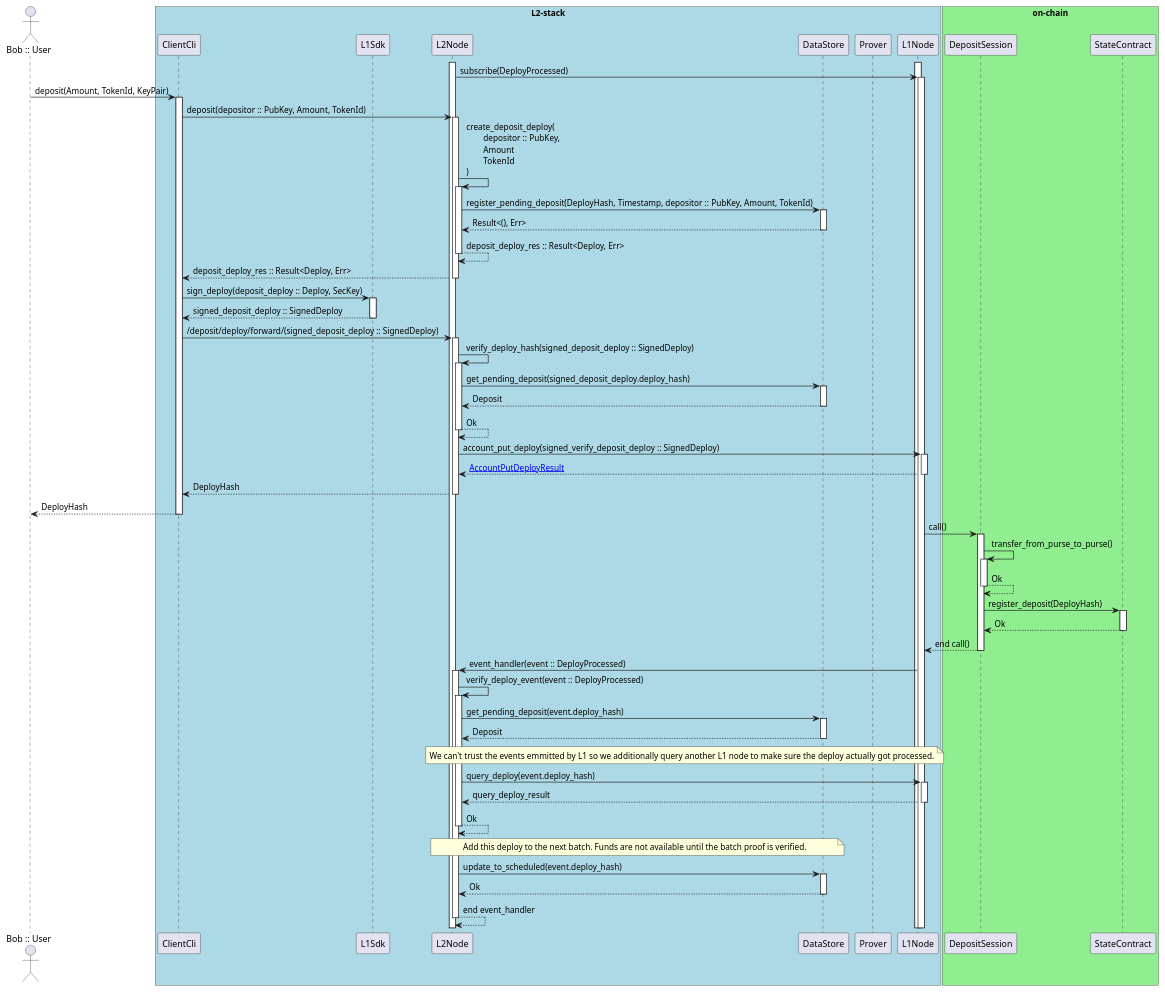
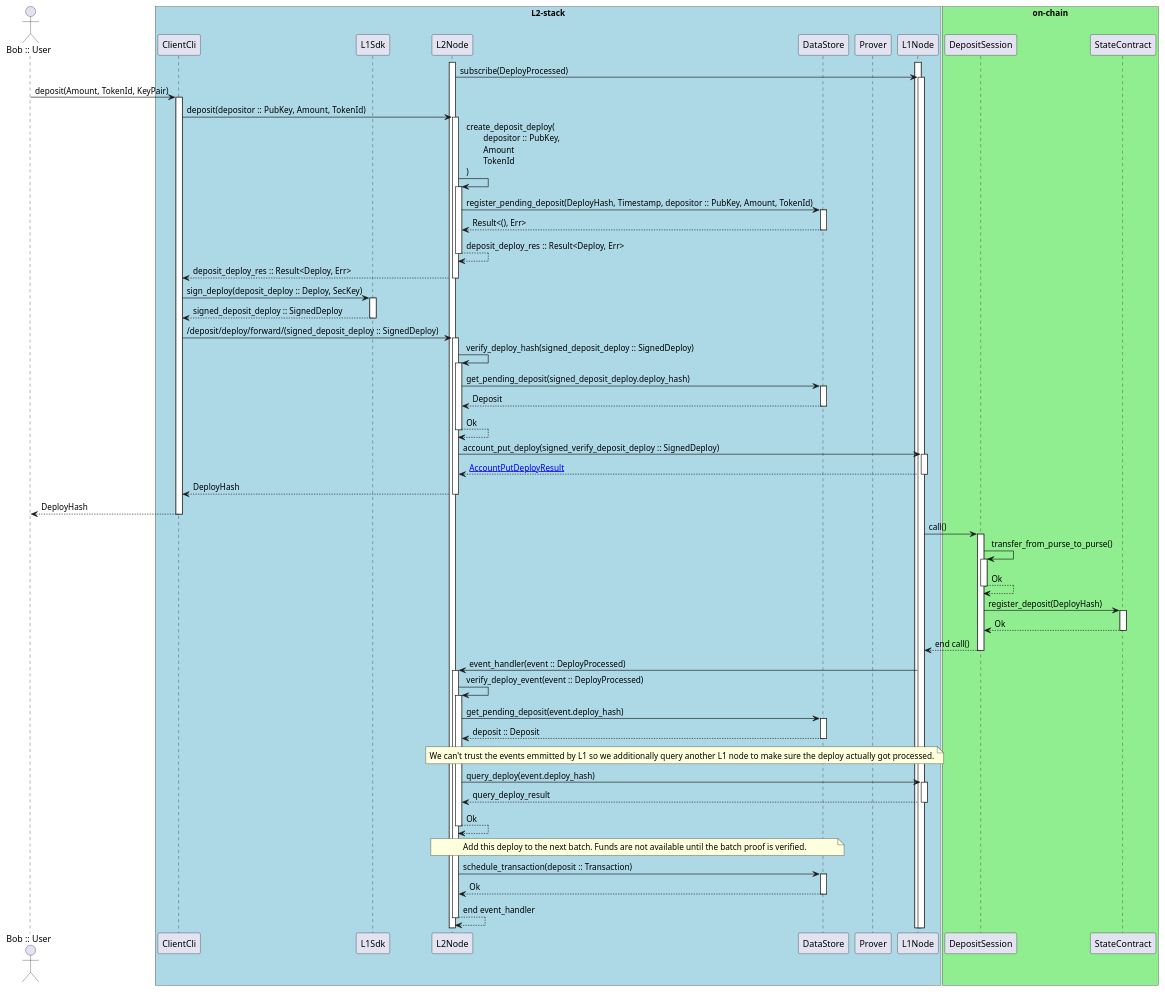
One commit to cspr-rad/kairos-spec changed the diagram in diagrams/deposit_v2.puml. Above: the diagram before and after it, drawn with PlantUML.

Commit message:
diagrams: update deposit

```diff
--- a/diagrams/deposit_v2.puml
+++ b/diagrams/deposit_v2.puml
@@ -1,70 +1,70 @@
 @startuml
 autoactivate on
 actor "Bob :: User" as Bob
 box "L2-stack" #LightBlue
 participant ClientCli
 participant L1Sdk
 participant L2Node
 participant DataStore
 participant Prover
 participant L1Node
 end box
 box "on-chain" #LightGreen
 participant DepositSession
 participant StateContract
 end box
 
 activate L1Node
 activate L2Node
 
 L2Node -> L1Node: subscribe(DeployProcessed)
 Bob -> ClientCli: deposit(Amount, TokenId, KeyPair)
 ClientCli -> L2Node: deposit(depositor :: PubKey, Amount, TokenId)
 
 L2Node -> L2Node: create_deposit_deploy(\n\tdepositor :: PubKey,\n\tAmount\n\tTokenId\n)
 
 L2Node -> DataStore: register_pending_deposit(DeployHash, Timestamp, depositor :: PubKey, Amount, TokenId)
 DataStore --> L2Node: Result<(), Err>
 
 L2Node --> L2Node: deposit_deploy_res :: Result<Deploy, Err>
 L2Node --> ClientCli: deposit_deploy_res :: Result<Deploy, Err>
 
 ClientCli -> L1Sdk: sign_deploy(deposit_deploy :: Deploy, SecKey)
 L1Sdk --> ClientCli: signed_deposit_deploy :: SignedDeploy
 
 ClientCli -> L2Node: /deposit/deploy/forward/(signed_deposit_deploy :: SignedDeploy)
 L2Node -> L2Node: verify_deploy_hash(signed_deposit_deploy :: SignedDeploy)
 L2Node -> DataStore: get_pending_deposit(signed_deposit_deploy.deploy_hash)
 DataStore --> L2Node: Deposit
 L2Node --> L2Node: Ok
 L2Node -> L1Node: account_put_deploy(signed_verify_deposit_deploy :: SignedDeploy)
 L1Node --> L2Node: [[https://docs.casper.network/developers/json-rpc/json-rpc-transactional/#account_put_deploy_result AccountPutDeployResult]]
 L2Node --> ClientCli: DeployHash
 ClientCli --> Bob: DeployHash
 
 L1Node -> DepositSession: call()
 DepositSession -> DepositSession: transfer_from_purse_to_purse()
 DepositSession --> DepositSession: Ok
 DepositSession -> StateContract: register_deposit(DeployHash)
 StateContract --> DepositSession: Ok
 DepositSession --> L1Node: end call()
 
 L1Node -> L2Node: event_handler(event :: DeployProcessed)
 L2Node -> L2Node: verify_deploy_event(event :: DeployProcessed)
 L2Node -> DataStore: get_pending_deposit(event.deploy_hash)
-DataStore --> L2Node: Deposit
+DataStore --> L2Node: deposit :: Deposit
 note over L2Node, L1Node
 We can't trust the events emmitted by L1 so we additionally query another L1 node to make sure the deploy actually got processed.
 end note
 L2Node -> L1Node: query_deploy(event.deploy_hash)
 L1Node --> L2Node: query_deploy_result
 L2Node --> L2Node: Ok
 
 note over L2Node, DataStore
 Add this deploy to the next batch. Funds are not available until the batch proof is verified.
 end note
-L2Node -> DataStore: update_to_scheduled(event.deploy_hash)
+L2Node -> DataStore: schedule_transaction(deposit :: Transaction)
 DataStore --> L2Node: Ok
 L2Node --> L2Node: end event_handler
 
 @enduml
```
